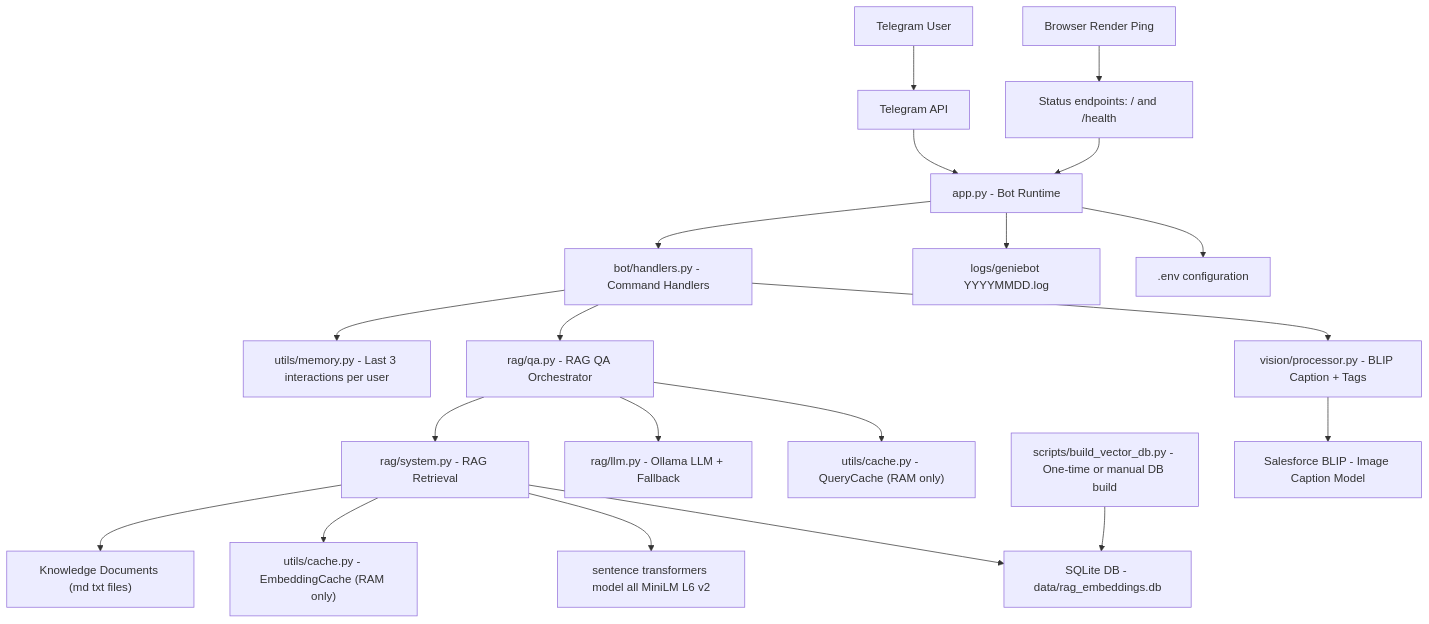
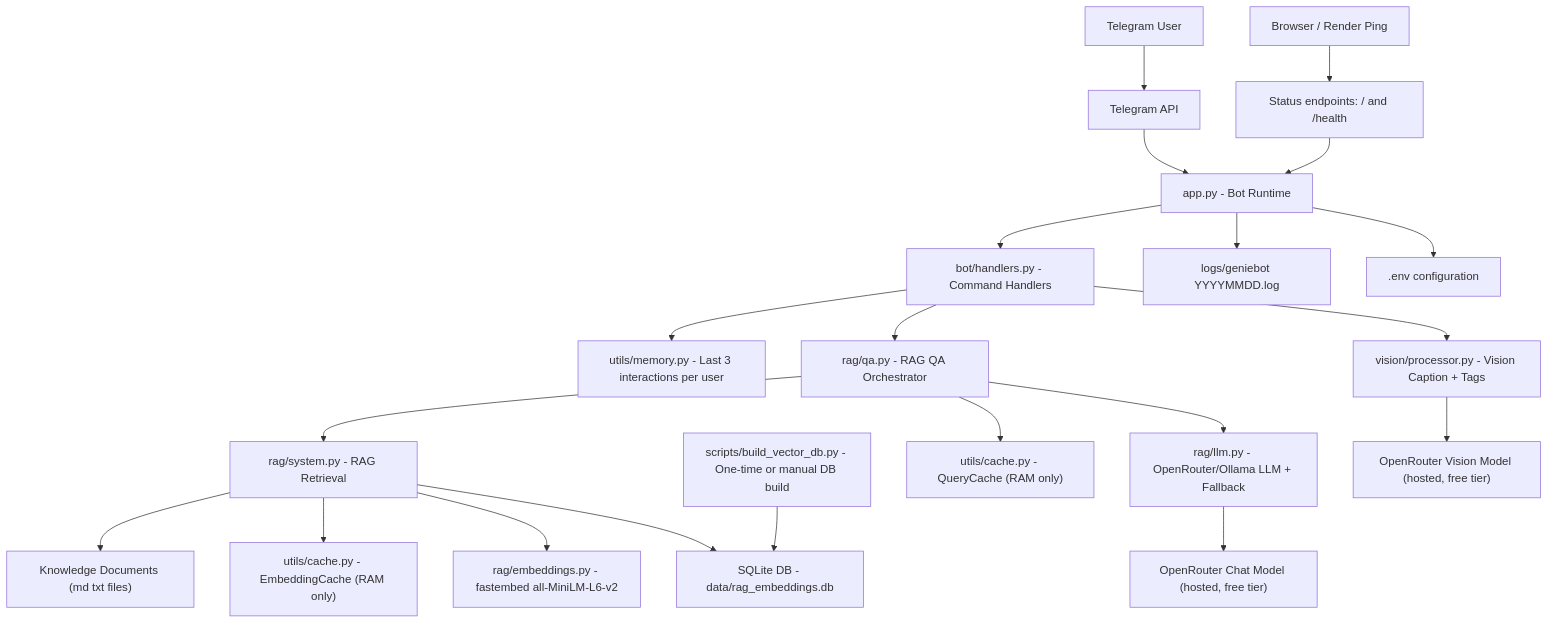
One commit to iamvisheshsrivastava/geniebot changed the diagram in README.md. Above: the diagram before and after it, drawn with Mermaid. The commit also changed other lines of this file and 11 other files, not shown here.

First line of the commit message:
feat: replace Ollama + BLIP + torch stack with OpenRouter free-tier models

````diff
--- a/README.md
+++ b/README.md
@@ -150,27 +153,28 @@
 ```mermaid
 flowchart TD
     U[Telegram User] --> TG[Telegram API]
     TG --> APP["app.py - Bot Runtime"]
-    WEB[Browser Render Ping] --> STATUS["Status endpoints: / and /health"]
+    WEB[Browser / Render Ping] --> STATUS["Status endpoints: / and /health"]
     STATUS --> APP
 
     APP --> H["bot/handlers.py - Command Handlers"]
     H --> MEM["utils/memory.py - Last 3 interactions per user"]
     H --> QA["rag/qa.py - RAG QA Orchestrator"]
-    H --> VISION["vision/processor.py - BLIP Caption + Tags"]
+    H --> VISION["vision/processor.py - Vision Caption + Tags"]
 
     QA --> RAG["rag/system.py - RAG Retrieval"]
-    QA --> LLM["rag/llm.py - Ollama LLM + Fallback"]
+    QA --> LLM["rag/llm.py - OpenRouter/Ollama LLM + Fallback"]
     QA --> QCACHE["utils/cache.py - QueryCache (RAM only)"]
 
     RAG --> DOCS["Knowledge Documents (md txt files)"]
     RAG --> ECACHE["utils/cache.py - EmbeddingCache (RAM only)"]
-    RAG --> ST["sentence transformers model all MiniLM L6 v2"]
+    RAG --> ST["rag/embeddings.py - fastembed all-MiniLM-L6-v2"]
     RAG --> SQLITE["SQLite DB - data/rag_embeddings.db"]
 
     BLD["scripts/build_vector_db.py - One-time or manual DB build"] --> SQLITE
-    VISION --> BLIP["Salesforce BLIP - Image Caption Model"]
+    VISION --> ORV["OpenRouter Vision Model (hosted, free tier)"]
+    LLM --> OR["OpenRouter Chat Model (hosted, free tier)"]
 
     APP --> LOGS["logs/geniebot YYYYMMDD.log"]
     APP --> ENV[".env configuration"]
 ```
````
